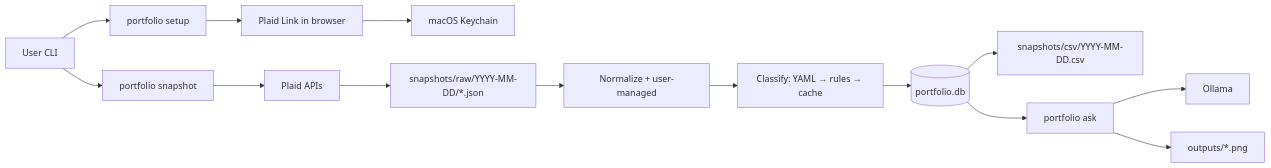
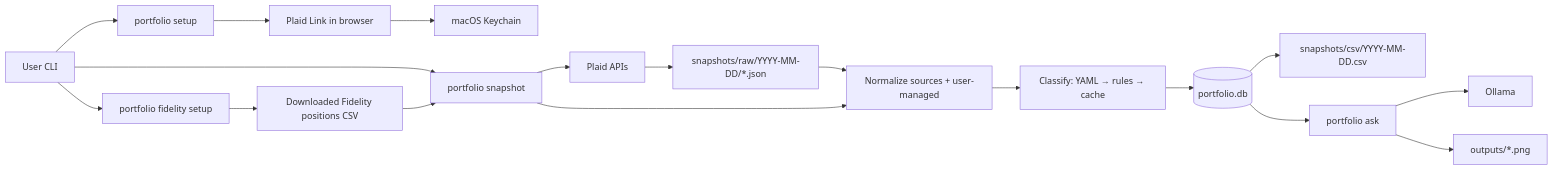
The diagram in README.md (shiyonghu/portfolio-review), drawn with Mermaid before and after one commit. The commit also changed other lines of this file and 12 other files, not shown here.

Commit message:
Add Fidelity CSV snapshot import

````diff
--- a/README.md
+++ b/README.md
@@ -38,16 +39,20 @@
 ```mermaid
 flowchart LR
     User[User CLI] --> Setup[portfolio setup]
     Setup --> Link[Plaid Link in browser]
     Link --> Keychain[macOS Keychain]
+    User --> FidelitySetup[portfolio fidelity setup]
+    FidelitySetup --> FidelityCSV[Downloaded Fidelity positions CSV]
     User --> Snap[portfolio snapshot]
     Snap --> Plaid[Plaid APIs]
+    FidelityCSV --> Snap
     Plaid --> Raw["snapshots/raw/YYYY-MM-DD/*.json"]
-    Raw --> Norm[Normalize + user-managed]
+    Raw --> Norm[Normalize sources + user-managed]
+    Snap --> Norm
     Norm --> Classify[Classify: YAML → rules → cache]
     Classify --> DB[(portfolio.db)]
     DB --> CSV["snapshots/csv/YYYY-MM-DD.csv"]
     DB --> Agent[portfolio ask]
     Agent --> Ollama[Ollama]
     Agent --> Charts[outputs/*.png]
 ```
````
